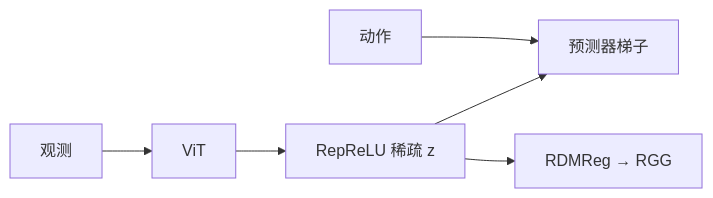
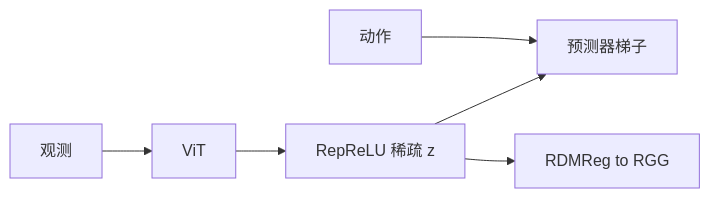
The first of 2 diagrams in wiki/entities/paper-lpwm.md (ImChong/Robotics_Notebooks), drawn with Mermaid before and after one commit. The commit also changed 3 other files, not shown here.

Commit message:
fix(wiki): 修正 LeJEPA 族详情页 Mermaid 节点标签以便静态站渲染

````diff
--- a/wiki/entities/paper-lpwm.md
+++ b/wiki/entities/paper-lpwm.md
@@ -61,8 +61,8 @@
 ```mermaid
 flowchart LR
   O[观测] --> Enc[ViT]
   Enc --> Relu[RepReLU 稀疏 z]
   Relu --> Pred[预测器梯子]
   A[动作] --> Pred
-  Relu --> RDM[RDMReg → RGG]
+  Relu --> RDM["RDMReg to RGG"]
 ```
````
